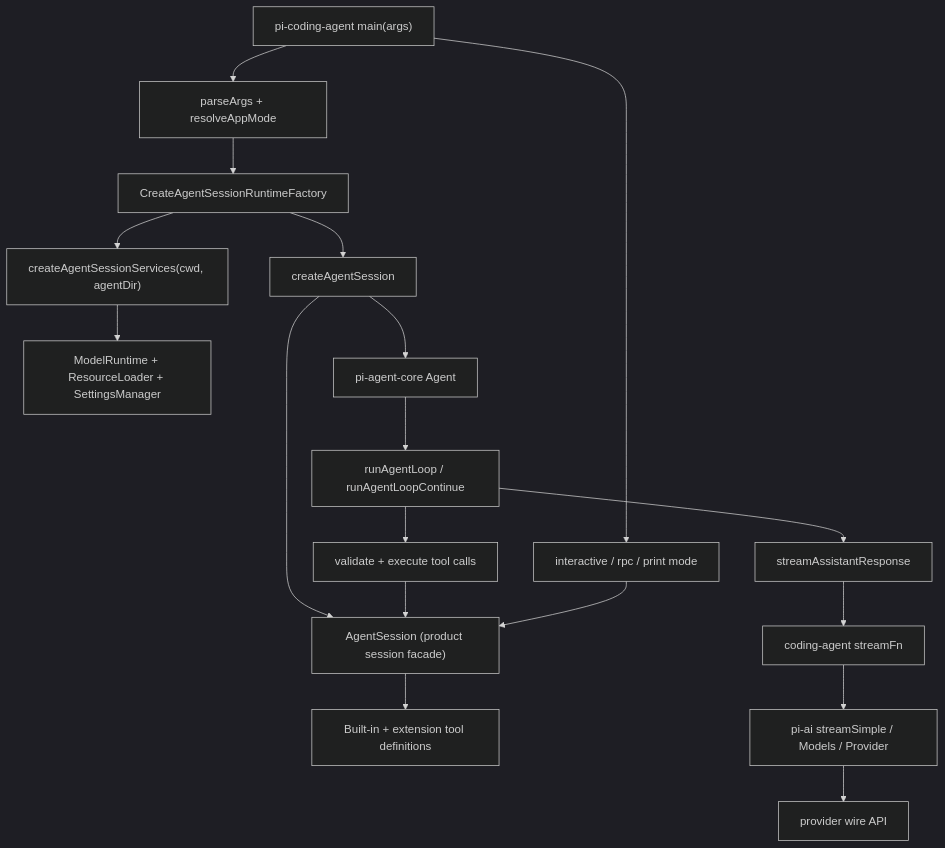
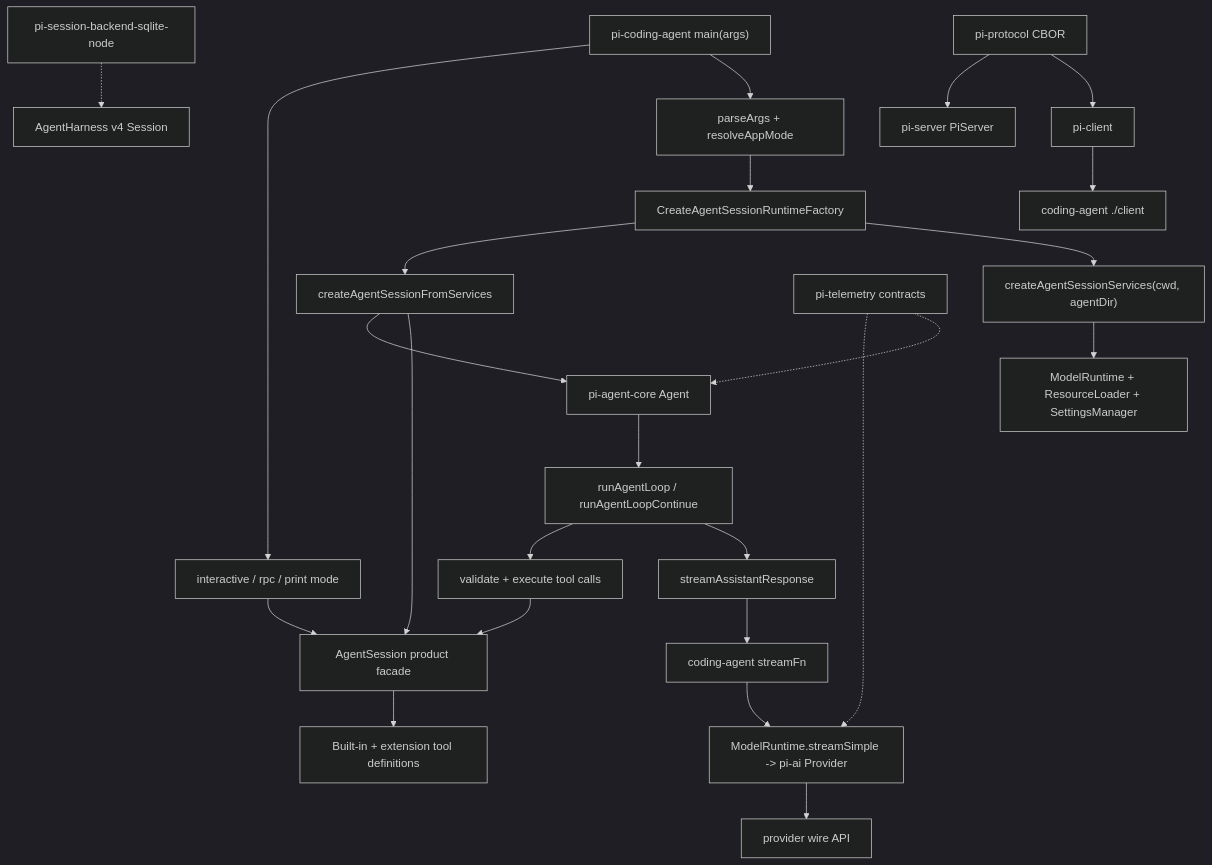
One commit to wdnmdtonyma/SOTA-Agent-LLM-Wiki changed the diagram in docs/llm-wiki/pi/spine/overview.md. Above: the diagram before and after it, drawn with Mermaid (dark theme). The commit also changed other lines of this file and 236 other files, not shown here.

````diff
--- a/docs/llm-wiki/pi/spine/overview.md
+++ b/docs/llm-wiki/pi/spine/overview.md
@@ -62,20 +69,26 @@
 ```mermaid
 flowchart TD
   CLI["pi-coding-agent main(args)"] --> Parse["parseArgs + resolveAppMode"]
   Parse --> RuntimeFactory["CreateAgentSessionRuntimeFactory"]
   RuntimeFactory --> Services["createAgentSessionServices(cwd, agentDir)"]
   Services --> Registry["ModelRuntime + ResourceLoader + SettingsManager"]
-  RuntimeFactory --> SDK["createAgentSession"]
-  SDK --> Session["AgentSession (product session facade)"]
+  RuntimeFactory --> SDK["createAgentSessionFromServices"]
+  SDK --> Session["AgentSession product facade"]
   SDK --> CoreAgent["pi-agent-core Agent"]
   Session --> ToolDefs["Built-in + extension tool definitions"]
   CoreAgent --> Loop["runAgentLoop / runAgentLoopContinue"]
   Loop --> LLM["streamAssistantResponse"]
   LLM --> StreamFn["coding-agent streamFn"]
-  StreamFn --> PiAI["pi-ai streamSimple / Models / Provider"]
+  StreamFn --> PiAI["ModelRuntime.streamSimple -> pi-ai Provider"]
   PiAI --> Wire["provider wire API"]
   Loop --> ToolExec["validate + execute tool calls"]
   ToolExec --> Session
   CLI --> Modes["interactive / rpc / print mode"]
   Modes --> Session
+  Telemetry["pi-telemetry contracts"] -.-> CoreAgent
+  Telemetry -.-> PiAI
+  SQLite["pi-session-backend-sqlite-node"] -.-> Harness["AgentHarness v4 Session"]
+  Protocol["pi-protocol CBOR"] --> Client["pi-client"]
+  Protocol --> Server["pi-server PiServer"]
+  Client --> RemoteAdapter["coding-agent ./client"]
 ```
````
